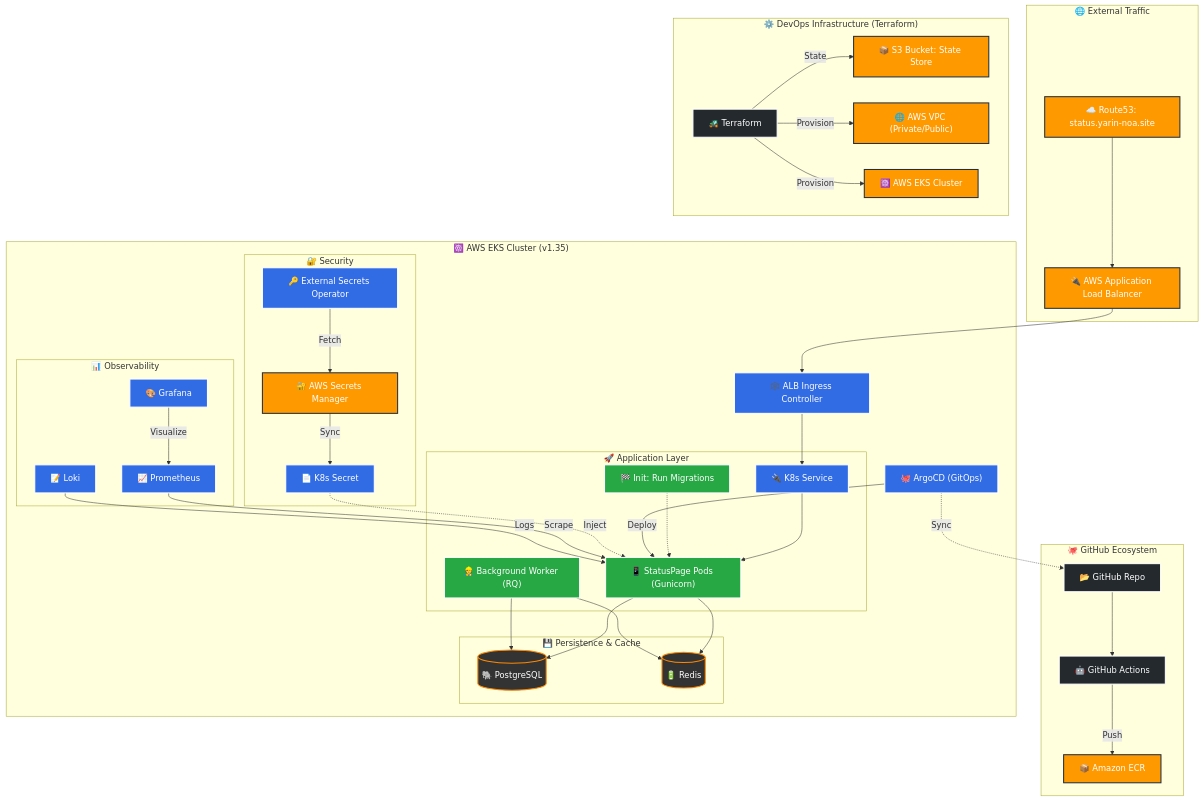
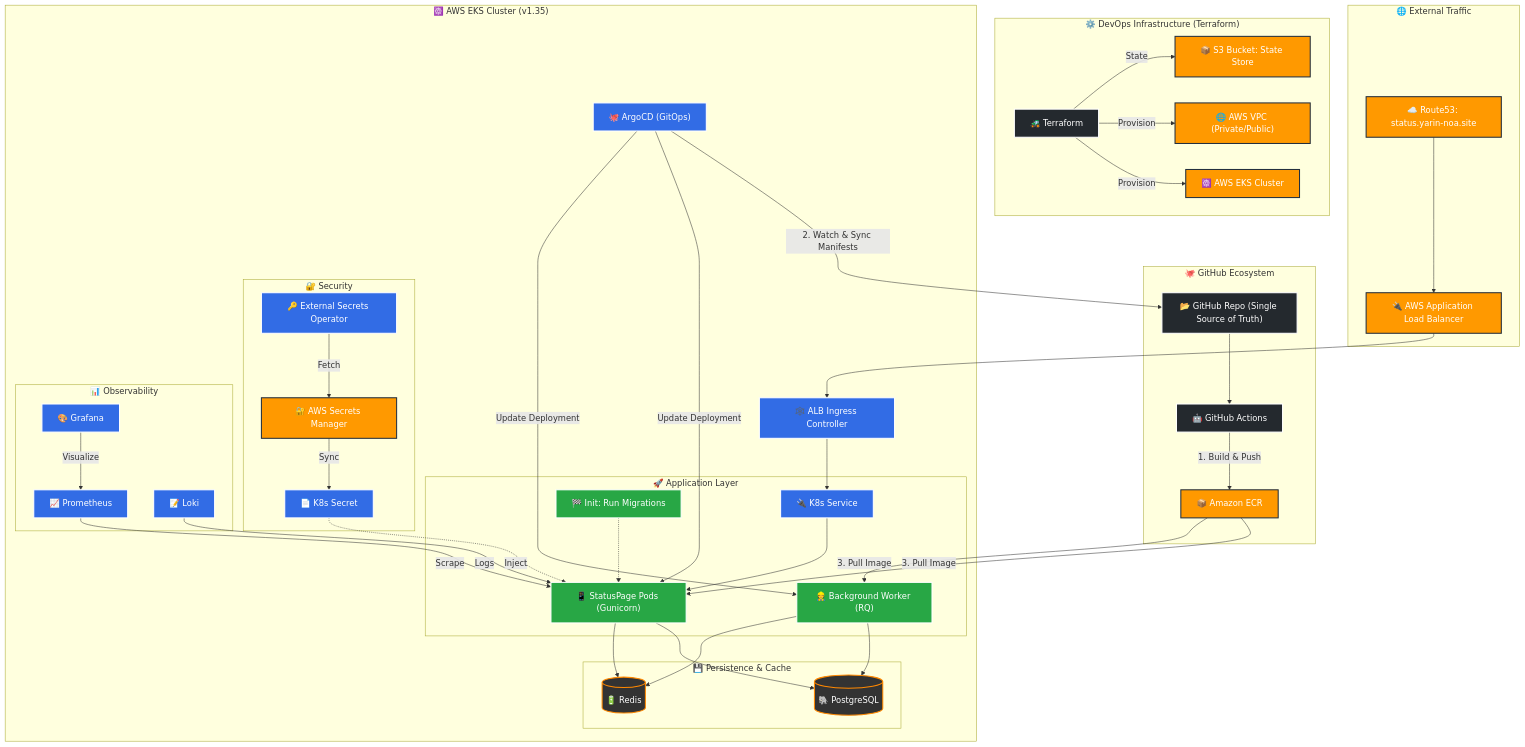
Before and after one commit to yarinalma6/nitzanim-final-workshop: the diagram in README.md, drawn with Mermaid.

Commit message:
docs: refine GitOps flow in Mermaid (SSOT & Image Pull)

````diff
--- a/README.md
+++ b/README.md
@@ -27,57 +27,61 @@
 ```mermaid
 graph TD
     %% Global Styles
     classDef aws fill:#FF9900,stroke:#232F3E,stroke-width:2px,color:white;
     classDef k8s fill:#326ce5,stroke:#fff,stroke-width:2px,color:white;
     classDef db fill:#333,stroke:#f80,stroke-width:2px,color:white;
     classDef gh fill:#24292e,stroke:#fff,stroke-width:2px,color:white;
     classDef app fill:#28a745,stroke:#fff,stroke-width:2px,color:white;
 
     subgraph "🌐 External Traffic"
         DNS["☁️ Route53: status.yarin-noa.site"]:::aws --> ALB["🔌 AWS Application Load Balancer"]:::aws
     end
 
     subgraph "⚙️ DevOps Infrastructure (Terraform)"
         TF["🚜 Terraform"]:::gh -->|State| S3["📦 S3 Bucket: State Store"]:::aws
         TF -->|Provision| VPC["🌐 AWS VPC (Private/Public)"]:::aws
         TF -->|Provision| EKS["☸️ AWS EKS Cluster"]:::aws
     end
 
     subgraph "🐙 GitHub Ecosystem"
-        Repo["📂 GitHub Repo"]:::gh --> GHA["🤖 GitHub Actions"]:::gh
-        GHA -->|Push| ECR["📦 Amazon ECR"]:::aws
+        Repo["📂 GitHub Repo (Single Source of Truth)"]:::gh --> GHA["🤖 GitHub Actions"]:::gh
+        GHA -->|1. Build & Push| ECR["📦 Amazon ECR"]:::aws
     end
 
     subgraph "☸️ AWS EKS Cluster (v1.35)"
         ALB --> Ing["🕸️ ALB Ingress Controller"]:::k8s
         Ing --> SVC["🔌 K8s Service"]:::k8s
         
         subgraph "🚀 Application Layer"
             SVC --> Pods["📱 StatusPage Pods (Gunicorn)"]:::app
             Worker["👷 Background Worker (RQ)"]:::app
             Init["🏁 Init: Run Migrations"]:::app -.-> Pods
         end
 
+        ECR -->|3. Pull Image| Pods
+        ECR -->|3. Pull Image| Worker
+
         subgraph "💾 Persistence & Cache"
             Pods --> DB[("🐘 PostgreSQL")]:::db
             Worker --> DB
             Pods --> Cache[("🔋 Redis")]:::db
             Worker --> Cache
         end
         
-        Argo["🐙 ArgoCD (GitOps)"]:::k8s -.->|Sync| Repo
-        Argo -->|Deploy| Pods
+        Argo["🐙 ArgoCD (GitOps)"]:::k8s -- "2. Watch & Sync Manifests" --> Repo
+        Argo -- "Update Deployment" --> Pods
+        Argo -- "Update Deployment" --> Worker
         
         subgraph "🔐 Security"
             ESO["🔑 External Secrets Operator"]:::k8s -->|Fetch| SM["🔐 AWS Secrets Manager"]:::aws
             SM -->|Sync| K8sSec["📄 K8s Secret"]:::k8s
             K8sSec -.->|Inject| Pods
         end
         
         subgraph "📊 Observability"
             Prom["📈 Prometheus"]:::k8s -->|Scrape| Pods
             Graf["🎨 Grafana"]:::k8s -->|Visualize| Prom
             Loki["📝 Loki"]:::k8s -->|Logs| Pods
         end
     end
 ```
````
